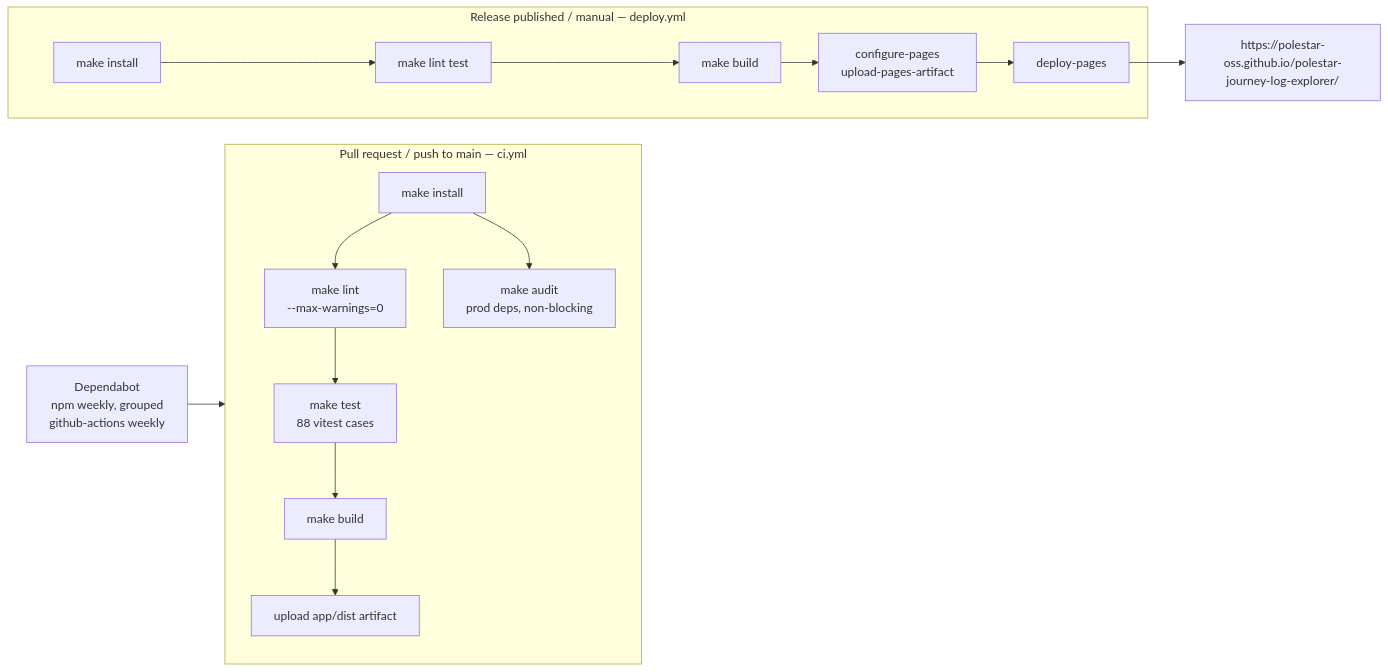
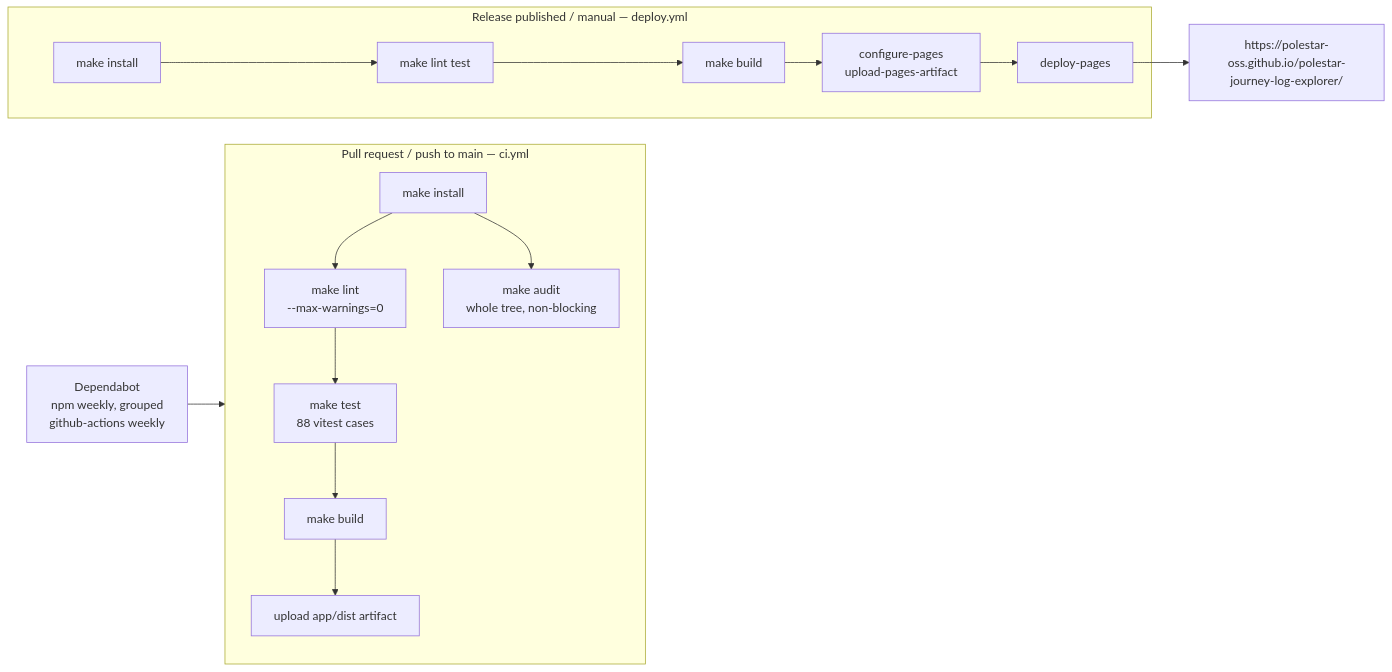
Before and after one commit to Polestar-OSS/polestar-journey-log-explorer: the diagram in docs/diagrams/deployment-process.md, drawn with Mermaid. The commit also changed 5 other files, not shown here.

First line of the commit message:
CI: audit the whole dependency tree; --omit=dev hits a retired endpoint

````diff
--- a/docs/diagrams/deployment-process.md
+++ b/docs/diagrams/deployment-process.md
@@ -3,12 +3,12 @@
 ```mermaid
 flowchart LR
     subgraph PR["Pull request / push to main — ci.yml"]
         I1[make install] --> L[make lint<br/>--max-warnings=0] --> T[make test<br/>88 vitest cases] --> B[make build] --> Art[upload app/dist artifact]
-        I1 --> Au[make audit<br/>prod deps, non-blocking]
+        I1 --> Au[make audit<br/>whole tree, non-blocking]
     end
     subgraph Release["Release published / manual — deploy.yml"]
         I2[make install] --> LT[make lint test] --> B2[make build] --> Pages[configure-pages<br/>upload-pages-artifact] --> Deploy[deploy-pages]
     end
     Dep[Dependabot<br/>npm weekly, grouped<br/>github-actions weekly] --> PR
     Deploy --> Site["https://polestar-oss.github.io/polestar-journey-log-explorer/"]
 ```
````
